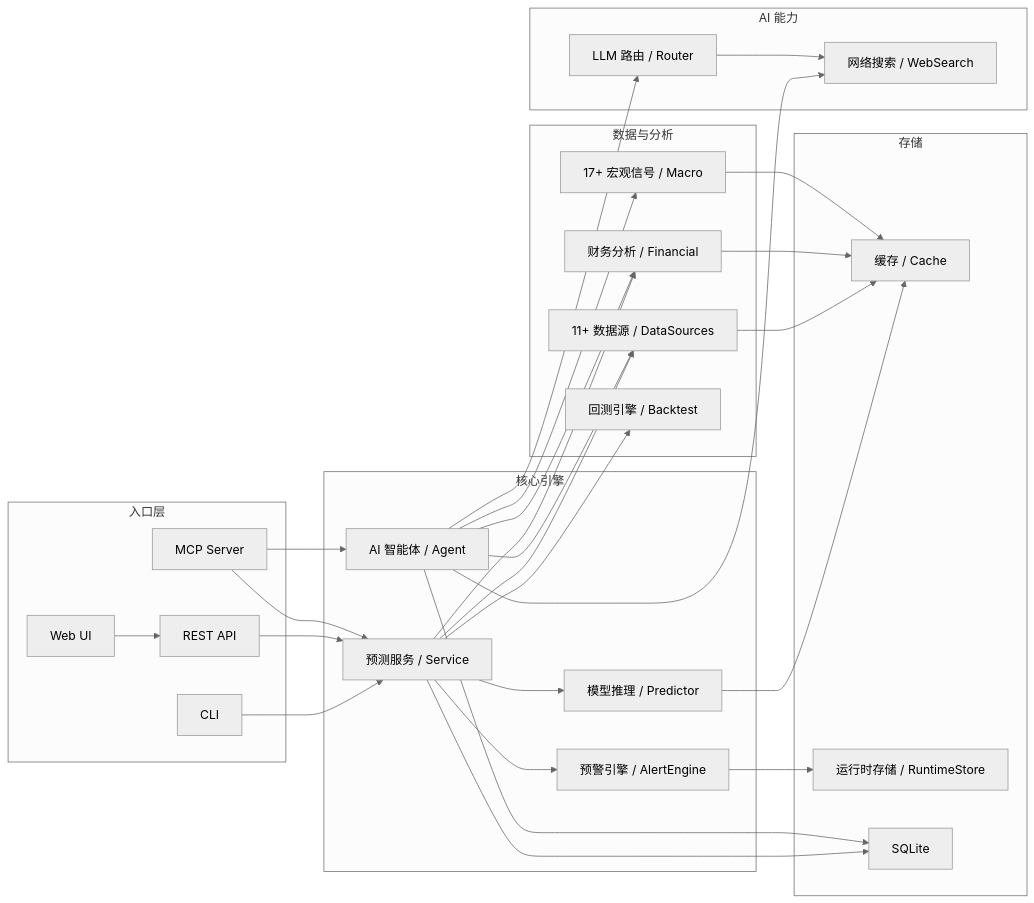
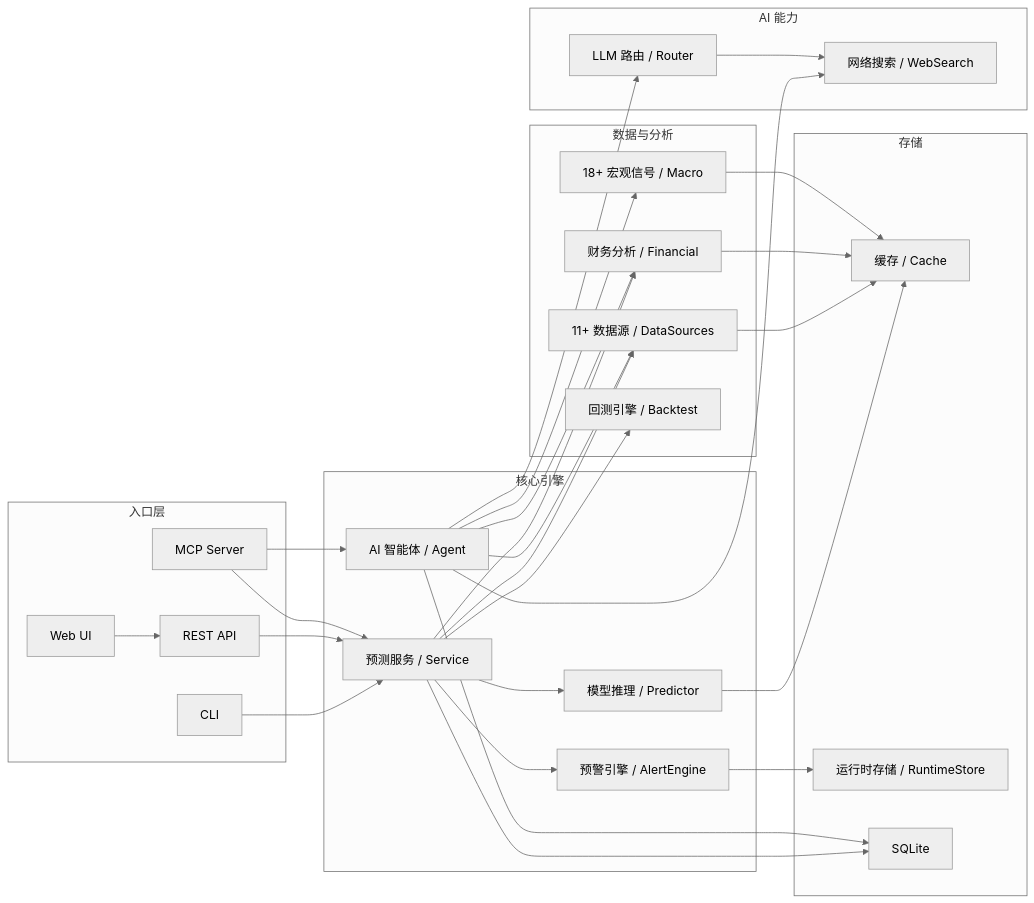
One commit to DDDFXYqiming/KronosFinceptLab changed the diagram in README.md. Above: the diagram before and after it, drawn with Mermaid. The commit also changed other lines of this file and 19 other files, not shown here.

````diff
--- a/README.md
+++ b/README.md
@@ -60,62 +60,62 @@
 ```mermaid
 %%{init: {'theme': 'neutral'}}%%
 flowchart LR
     subgraph entry["入口层"]
         CLI["CLI"]
         API["REST API"]
         Web["Web UI"]
         MCP["MCP Server"]
     end
 
     subgraph core["核心引擎"]
         SVC["预测服务 / Service"]
         AGENT["AI 智能体 / Agent"]
         PRED["模型推理 / Predictor"]
         ALERT["预警引擎 / AlertEngine"]
     end
 
     subgraph data["数据与分析"]
         DS["11+ 数据源 / DataSources"]
         FIN["财务分析 / Financial"]
-        MACRO["17+ 宏观信号 / Macro"]
+        MACRO["18+ 宏观信号 / Macro"]
         BT["回测引擎 / Backtest"]
     end
 
     subgraph ai["AI 能力"]
         LLM["LLM 路由 / Router"]
         WS["网络搜索 / WebSearch"]
     end
 
     subgraph store["存储"]
         CACHE["缓存 / Cache"]
         RUNTIME["运行时存储 / RuntimeStore"]
         DB["SQLite"]
     end
 
     CLI --> SVC
     API --> SVC
     Web --> API
     MCP --> SVC
     MCP --> AGENT
 
     SVC --> PRED
     SVC --> DS
     SVC --> FIN
     SVC --> BT
     SVC --> ALERT
 
     AGENT --> LLM
     AGENT --> DS
     AGENT --> FIN
     AGENT --> MACRO
     AGENT --> WS
 
     PRED --> CACHE
     DS --> CACHE
     FIN --> CACHE
     MACRO --> CACHE
     ALERT --> RUNTIME
     LLM --> WS
     SVC --> DB
     AGENT --> DB
 ```
````
